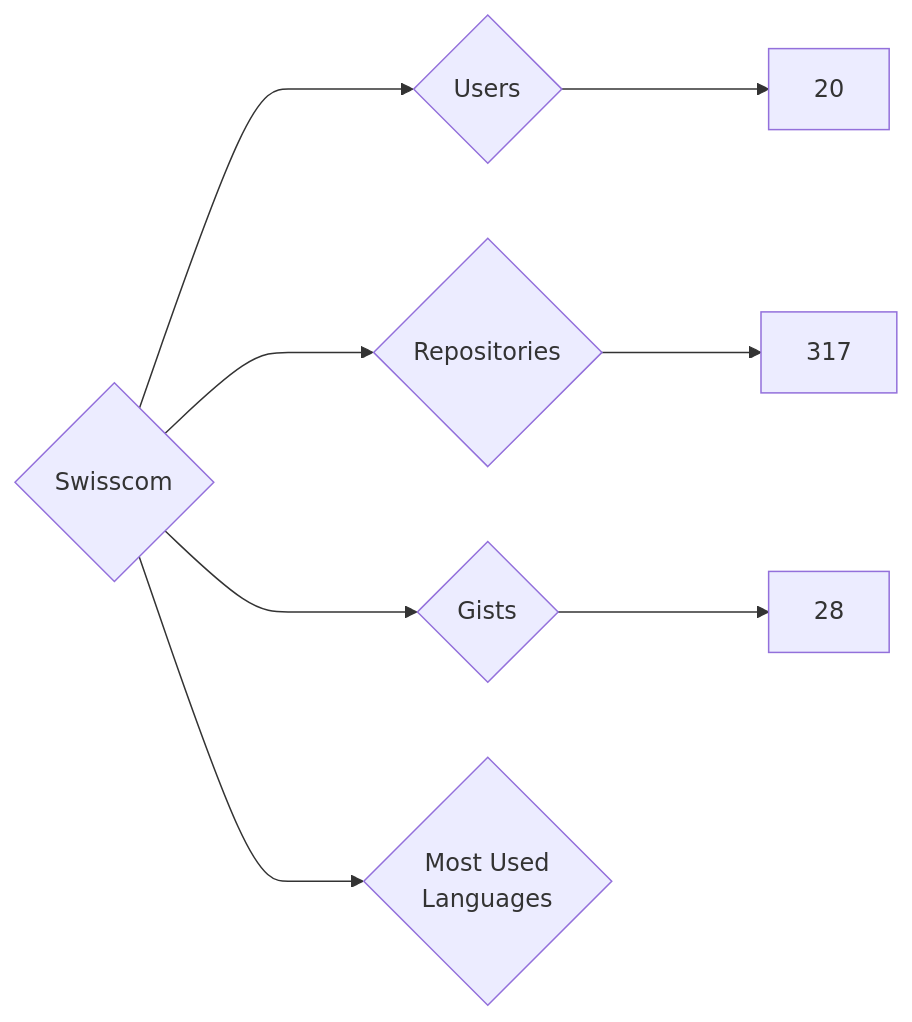
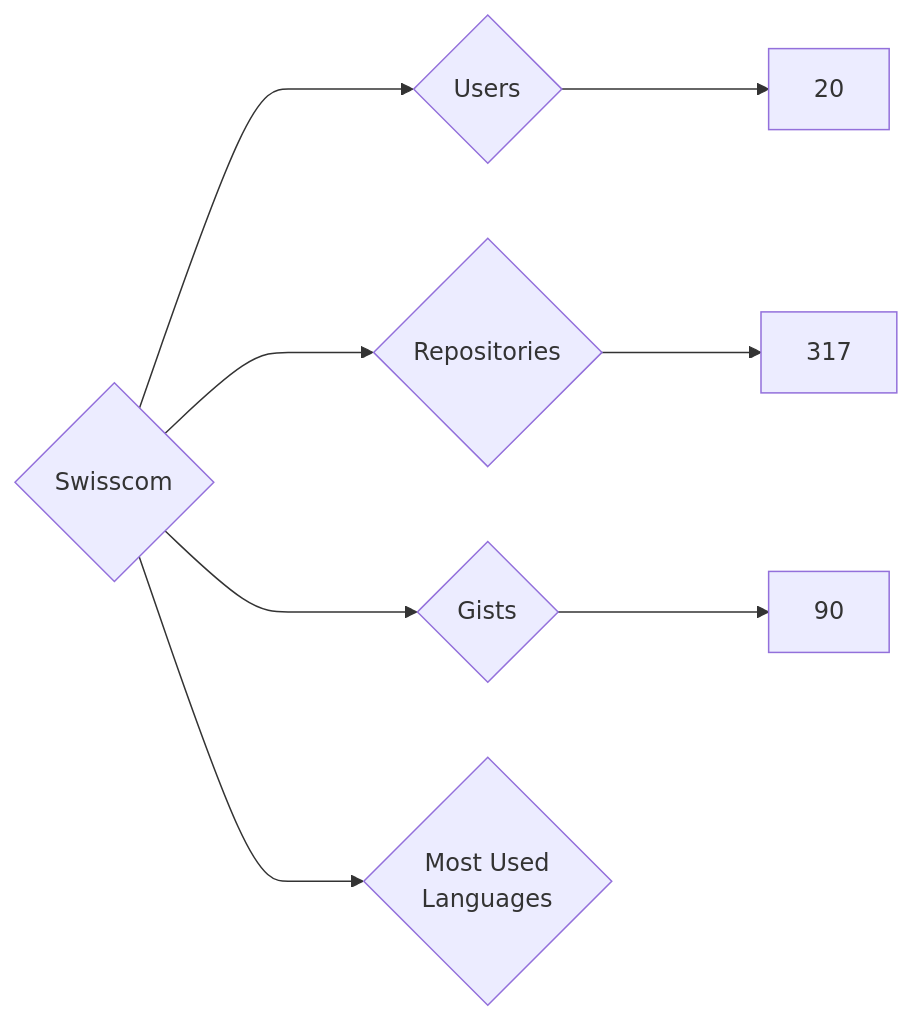
The diagram in targets/Swisscom/README.md (nenadzaric/insiders), drawn with Mermaid before and after one commit. The commit also changed 1342 other files, not shown here.

````diff
--- a/targets/Swisscom/README.md
+++ b/targets/Swisscom/README.md
@@ -3,8 +3,8 @@
 ```mermaid
 graph LR
 COMPANY_NAME{Swisscom}
 COMPANY_NAME ---> U{Users} ---> UN[20]
 COMPANY_NAME ---> R{Repositories} ---> RN[317]
-COMPANY_NAME ---> G{Gists} ---> GN[28]
+COMPANY_NAME ---> G{Gists} ---> GN[90]
 COMPANY_NAME ---> ML{Most Used<br>Languages}
 ```
````
